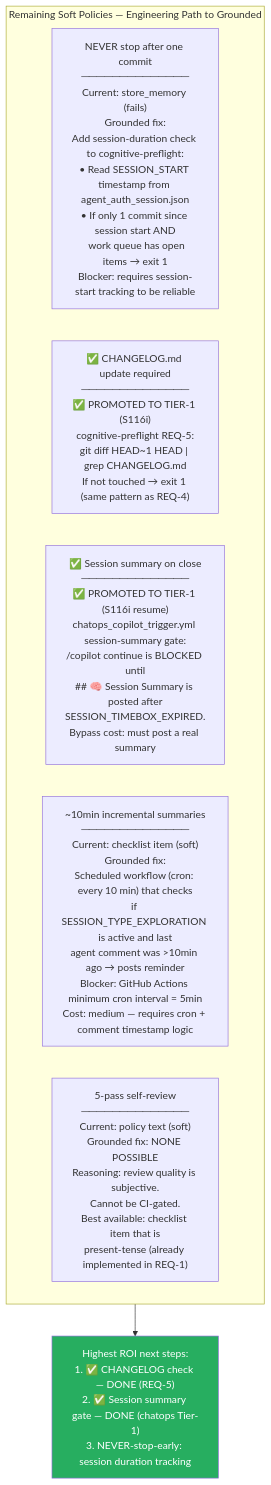
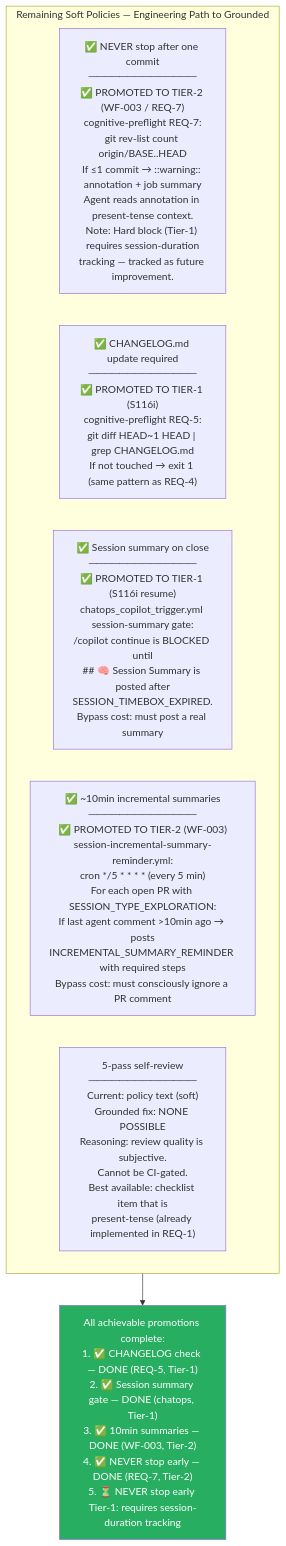
One commit to Aries-Serpent/_codex_ changed the fourth of 5 diagrams in .codex/docs/GROUNDED_VS_SOFT_ENFORCEMENT.md. Above: the diagram before and after it, drawn with Mermaid. The commit also changed other lines of this file and 88 other files, not shown here.

Commit message:
CI health fix + branch-scoped concurrency + timeouts on all workflows + GROUNDED enforcement promotions + CLI/API server scaffold

````diff
--- a/.codex/docs/GROUNDED_VS_SOFT_ENFORCEMENT.md
+++ b/.codex/docs/GROUNDED_VS_SOFT_ENFORCEMENT.md
@@ -149,21 +151,21 @@
 ```mermaid
 flowchart TD
     subgraph REMAINING_GAPS ["Remaining Soft Policies — Engineering Path to Grounded"]
 
-        G1["NEVER stop after one commit\n──────────────\nCurrent: store_memory (fails)\nGrounded fix:\nAdd session-duration check to cognitive-preflight:\n• Read SESSION_START timestamp from agent_auth_session.json\n• If only 1 commit since session start AND\n  work queue has open items → exit 1\nBlocker: requires session-start tracking to be reliable"]
+        G1["✅ NEVER stop after one commit\n──────────────\n✅ PROMOTED TO TIER-2 (WF-003 / REQ-7)\ncognitive-preflight REQ-7:\ngit rev-list count origin/BASE..HEAD\nIf ≤1 commit → ::warning:: annotation + job summary\nAgent reads annotation in present-tense context.\nNote: Hard block (Tier-1) requires session-duration\ntracking — tracked as future improvement."]
 
         G2["✅ CHANGELOG.md update required\n──────────────\n✅ PROMOTED TO TIER-1 (S116i)\ncognitive-preflight REQ-5:\ngit diff HEAD~1 HEAD | grep CHANGELOG.md\nIf not touched → exit 1 (same pattern as REQ-4)"]
 
         G3["✅ Session summary on close\n──────────────\n✅ PROMOTED TO TIER-1 (S116i resume)\nchatops_copilot_trigger.yml session-summary gate:\n/copilot continue is BLOCKED until\n## 🧠 Session Summary is posted after\nSESSION_TIMEBOX_EXPIRED.\nBypass cost: must post a real summary"]
 
-        G4["~10min incremental summaries\n──────────────\nCurrent: checklist item (soft)\nGrounded fix:\nScheduled workflow (cron: every 10 min) that checks\nif SESSION_TYPE_EXPLORATION is active and last\nagent comment was >10min ago → posts reminder\nBlocker: GitHub Actions minimum cron interval = 5min\nCost: medium — requires cron + comment timestamp logic"]
+        G4["✅ ~10min incremental summaries\n──────────────\n✅ PROMOTED TO TIER-2 (WF-003)\nsession-incremental-summary-reminder.yml:\ncron */5 * * * * (every 5 min)\nFor each open PR with SESSION_TYPE_EXPLORATION:\nIf last agent comment >10min ago → posts\nINCREMENTAL_SUMMARY_REMINDER with required steps\nBypass cost: must consciously ignore a PR comment"]
 
         G5["5-pass self-review\n──────────────\nCurrent: policy text (soft)\nGrounded fix: NONE POSSIBLE\nReasoning: review quality is subjective.\nCannot be CI-gated.\nBest available: checklist item that is\npresent-tense (already implemented in REQ-1)"]
     end
 
-    NEXT["Highest ROI next steps:\n1. ✅ CHANGELOG check — DONE (REQ-5)\n2. ✅ Session summary gate — DONE (chatops Tier-1)\n3. NEVER-stop-early: session duration tracking"]
+    NEXT["All achievable promotions complete:\n1. ✅ CHANGELOG check — DONE (REQ-5, Tier-1)\n2. ✅ Session summary gate — DONE (chatops, Tier-1)\n3. ✅ 10min summaries — DONE (WF-003, Tier-2)\n4. ✅ NEVER stop early — DONE (REQ-7, Tier-2)\n5. ⏳ NEVER stop early Tier-1: requires session-duration tracking"]
 
     REMAINING_GAPS --> NEXT
 
     style NEXT fill:#27ae60,color:#fff
 ```
````
